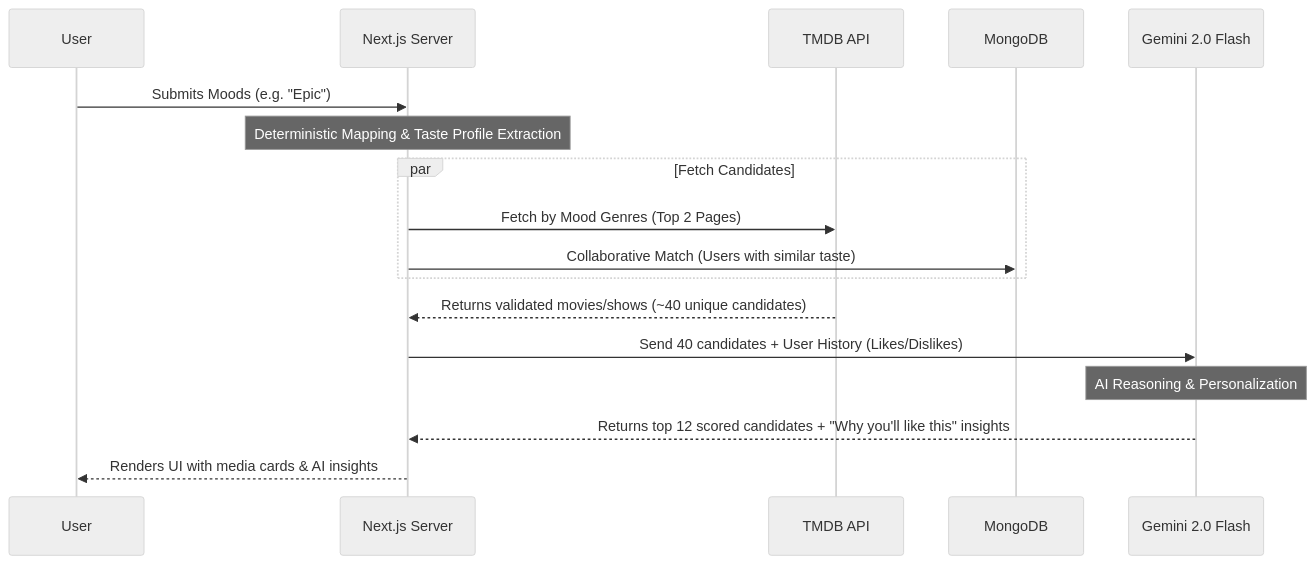
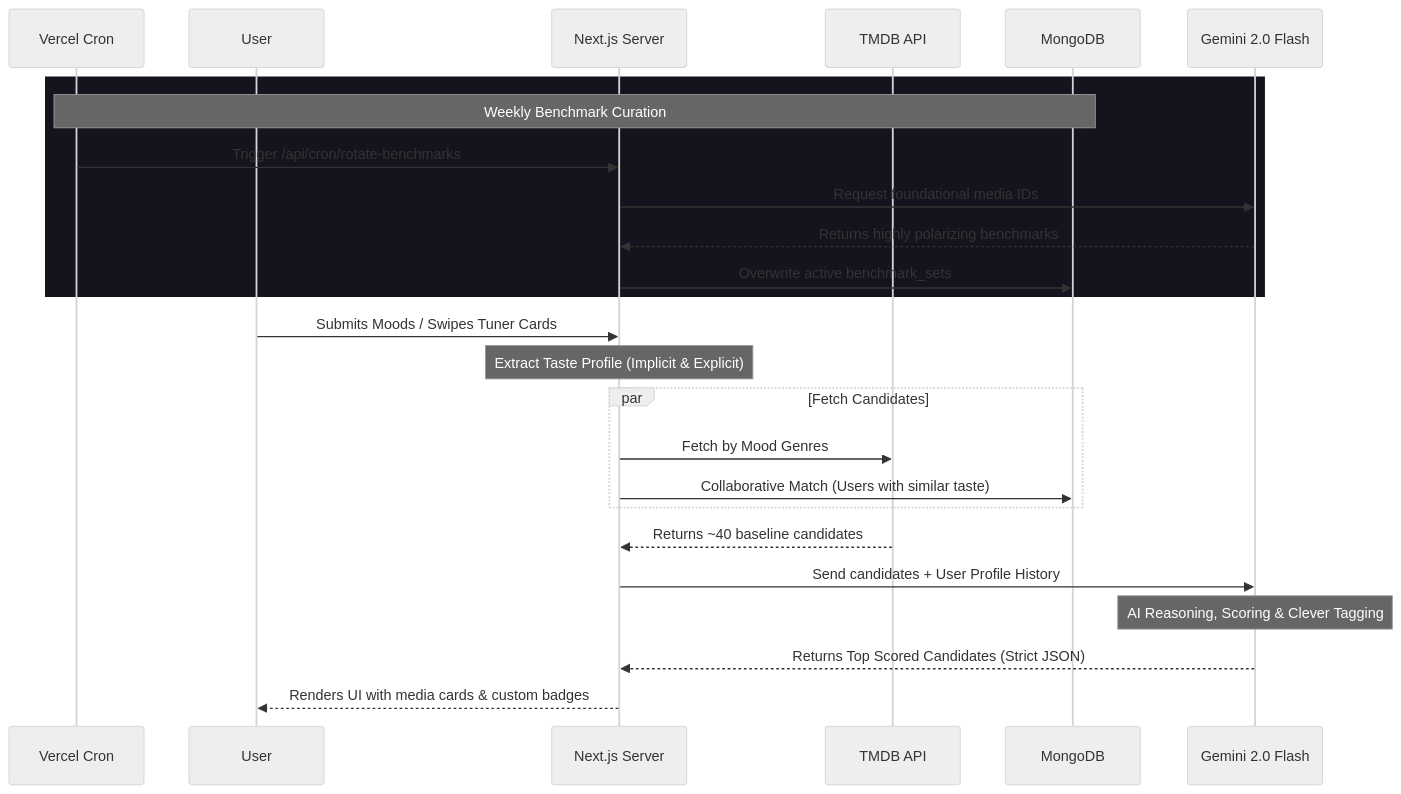
The diagram in README.md (harsh-bhadana/whatnow), drawn with Mermaid (neutral theme) before and after one commit. The commit also changed other lines of this file, not shown here.

````diff
--- a/README.md
+++ b/README.md
@@ -30,20 +24,31 @@
 ```mermaid
 sequenceDiagram
+    participant Cron as Vercel Cron
     participant User
     participant NextJS as Next.js Server
     participant TMDB as TMDB API
     participant DB as MongoDB
     participant Gemini as Gemini 2.0 Flash
 
-    User->>NextJS: Submits Moods (e.g. "Epic")
-    Note over NextJS: Deterministic Mapping & Taste Profile Extraction
+    %% Background Cron Job
+    rect rgb(20, 20, 30)
+    Note over Cron, DB: Weekly Benchmark Curation
+    Cron->>NextJS: Trigger /api/cron/rotate-benchmarks
+    NextJS->>Gemini: Request foundational media IDs
+    Gemini-->>NextJS: Returns highly polarizing benchmarks
+    NextJS->>DB: Overwrite active benchmark_sets
+    end
+
+    %% User Flow
+    User->>NextJS: Submits Moods / Swipes Tuner Cards
+    Note over NextJS: Extract Taste Profile (Implicit & Explicit)
     par Fetch Candidates
-        NextJS->>TMDB: Fetch by Mood Genres (Top 2 Pages)
+        NextJS->>TMDB: Fetch by Mood Genres
         NextJS->>DB: Collaborative Match (Users with similar taste)
     end
-    TMDB-->>NextJS: Returns validated movies/shows (~40 unique candidates)
-    NextJS->>Gemini: Send 40 candidates + User History (Likes/Dislikes)
-    Note over Gemini: AI Reasoning & Personalization
-    Gemini-->>NextJS: Returns top 12 scored candidates + "Why you'll like this" insights
-    NextJS-->>User: Renders UI with media cards & AI insights
+    TMDB-->>NextJS: Returns ~40 baseline candidates
+    NextJS->>Gemini: Send candidates + User Profile History
+    Note over Gemini: AI Reasoning, Scoring & Clever Tagging
+    Gemini-->>NextJS: Returns Top Scored Candidates (Strict JSON)
+    NextJS-->>User: Renders UI with media cards & custom badges
 ```
````
